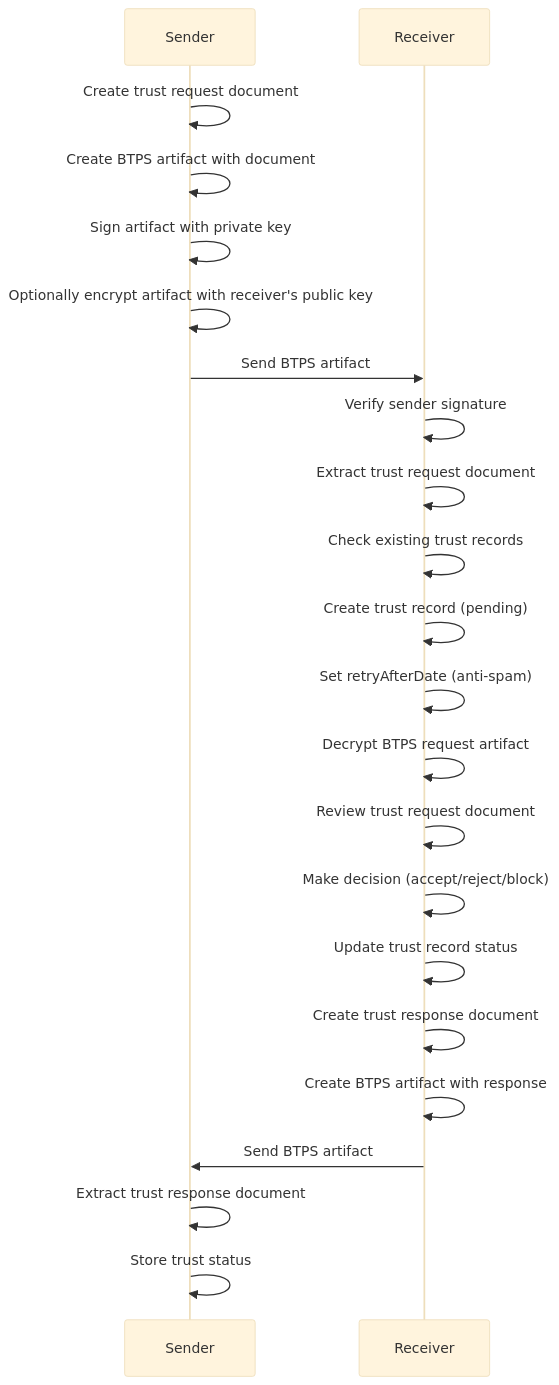
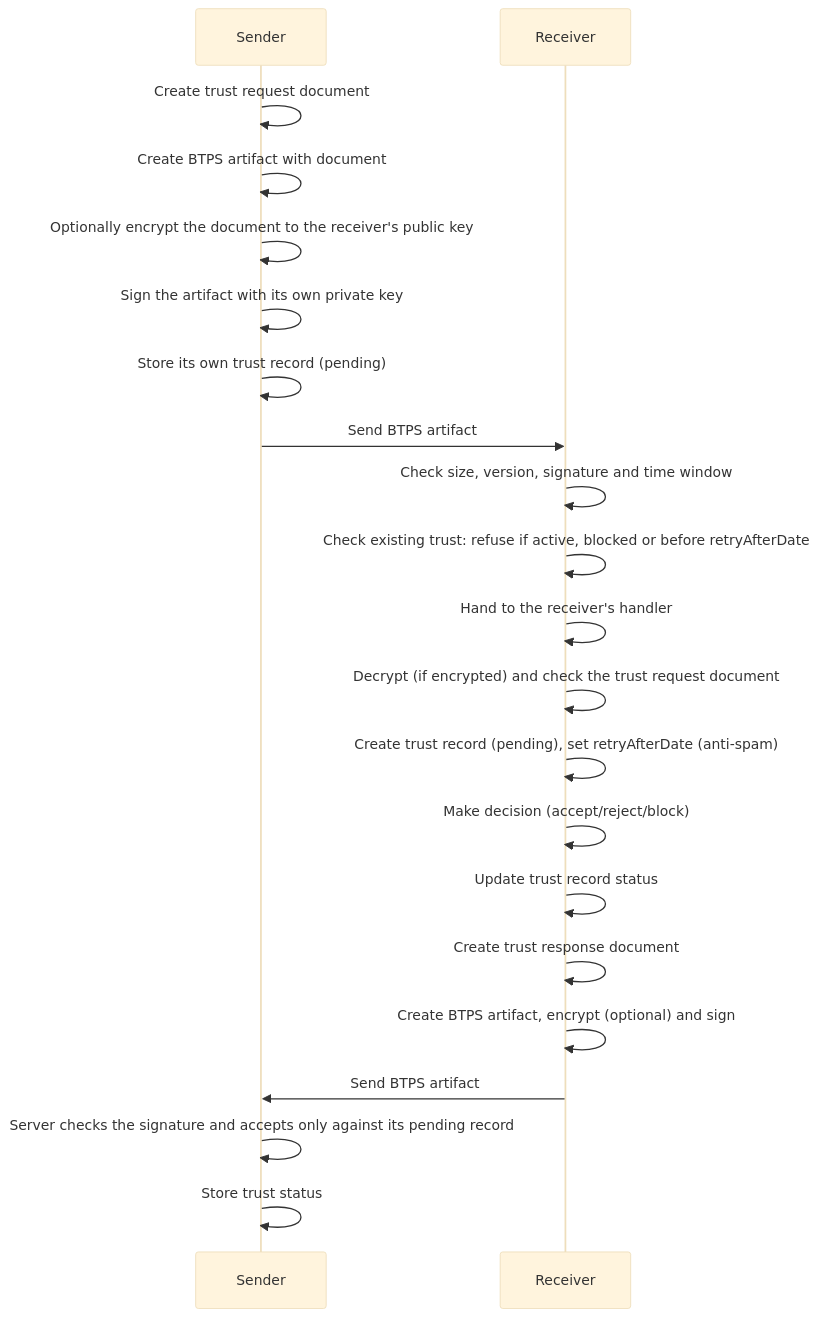
Before and after one commit to openbtps/btps-node: the third of 7 diagrams in docs/docusaurus/docs/protocol/messageFlow.md, drawn with Mermaid (base theme). The commit also changed other lines of this file and 26 other files, not shown here.

First line of the commit message:
Docs: bring every diagram in line with 1.1

````diff
--- a/docs/docusaurus/docs/protocol/messageFlow.md
+++ b/docs/docusaurus/docs/protocol/messageFlow.md
@@ -155,28 +161,26 @@
 ```mermaid
 sequenceDiagram
     participant S as Sender
     participant R as Receiver
 
     S->>S: Create trust request document
     S->>S: Create BTPS artifact with document
-    S->>S: Sign artifact with private key
-    S->>S: Optionally encrypt artifact with receiver's public key
+    S->>S: Optionally encrypt the document to the receiver's public key
+    S->>S: Sign the artifact with its own private key
+    S->>S: Store its own trust record (pending)
     S->>R: Send BTPS artifact
 
-    R->>R: Verify sender signature
-    R->>R: Extract trust request document
-    R->>R: Check existing trust records
-    R->>R: Create trust record (pending)
-    R->>R: Set retryAfterDate (anti-spam)
-
-    R->>R: Decrypt BTPS request artifact
-    R->>R: Review trust request document
+    R->>R: Check size, version, signature and time window
+    R->>R: Check existing trust: refuse if active, blocked or before retryAfterDate
+    R->>R: Hand to the receiver's handler
+    R->>R: Decrypt (if encrypted) and check the trust request document
+    R->>R: Create trust record (pending), set retryAfterDate (anti-spam)
     R->>R: Make decision (accept/reject/block)
     R->>R: Update trust record status
 
     R->>R: Create trust response document
-    R->>R: Create BTPS artifact with response
+    R->>R: Create BTPS artifact, encrypt (optional) and sign
     R->>S: Send BTPS artifact
-    S->>S: Extract trust response document
+    S->>S: Server checks the signature and accepts only against its pending record
     S->>S: Store trust status
 ```
````
